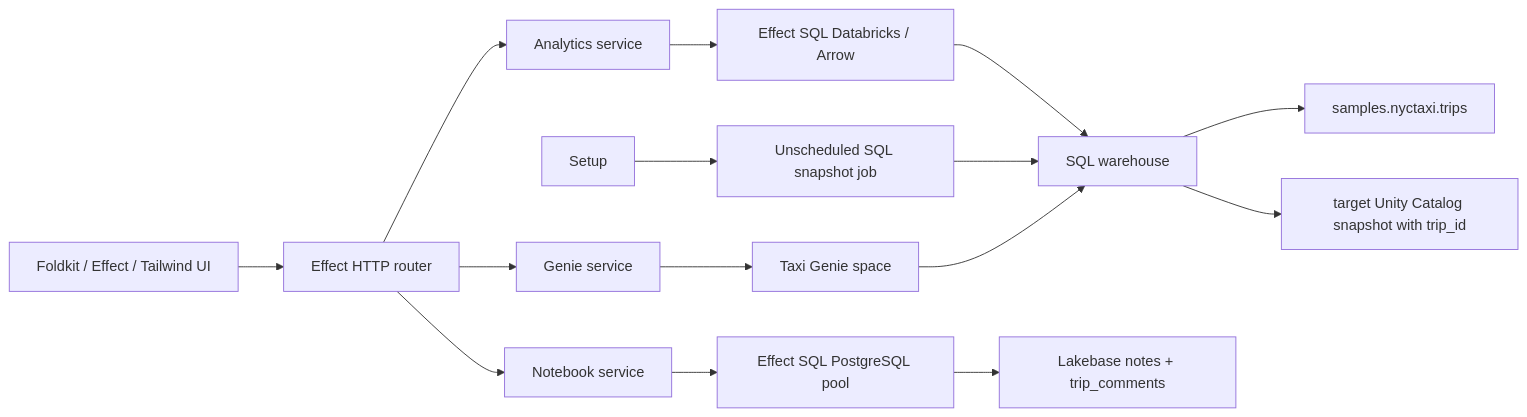
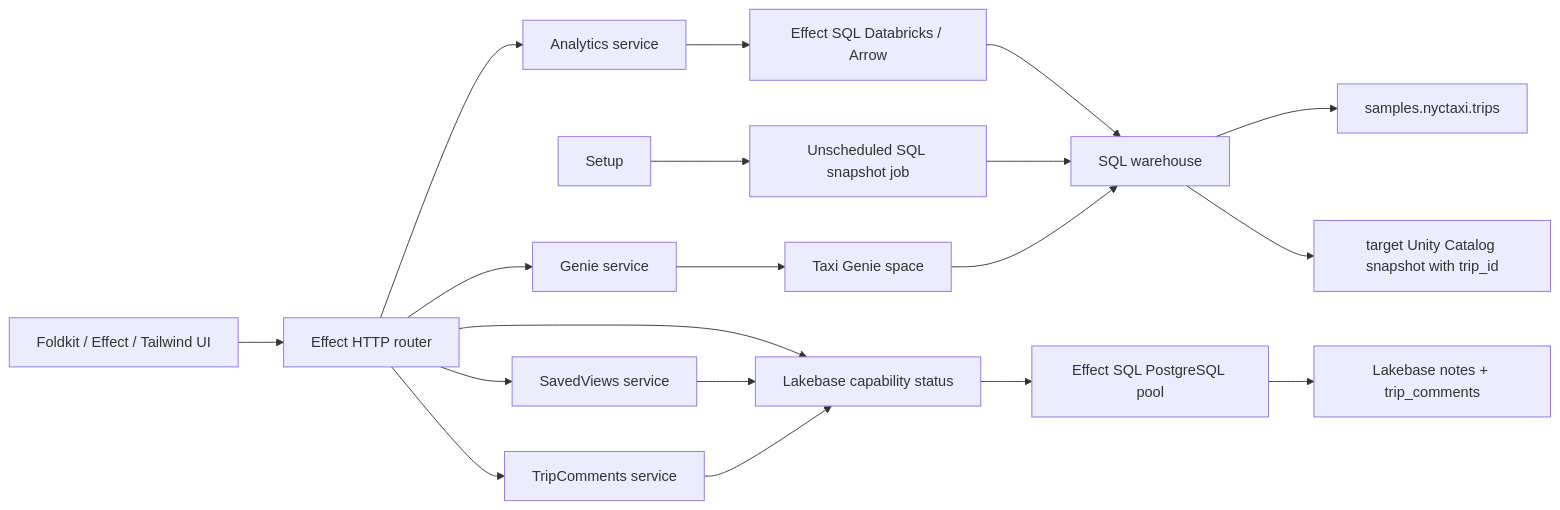
The diagram in docs/data-access.md (dsiem/effect-databricks-app), drawn with Mermaid before and after one commit. The commit also changed other lines of this file and 18 other files, not shown here.

Commit message:
Separate Lakebase infrastructure from saved views and comments

````diff
--- a/docs/data-access.md
+++ b/docs/data-access.md
@@ -3,17 +3,21 @@
 ```mermaid
 flowchart LR
   UI[Foldkit / Effect / Tailwind UI] --> API[Effect HTTP router]
   API --> Analytics[Analytics service]
   Analytics --> Arrow[Effect SQL Databricks / Arrow]
   Arrow --> Warehouse[SQL warehouse]
   Warehouse --> Source[samples.nyctaxi.trips]
   Setup --> Seed[Unscheduled SQL snapshot job]
   Seed --> Warehouse
   Warehouse --> Snapshot[target Unity Catalog snapshot with trip_id]
   API --> Genie[Genie service]
   Genie --> Space[Taxi Genie space]
   Space --> Warehouse
-  API --> Notebook[Notebook service]
-  Notebook --> Pool[Effect SQL PostgreSQL pool]
-  Pool --> Lakebase[Lakebase notes + trip_comments]
+  API --> SavedViews[SavedViews service]
+  API --> Comments[TripComments service]
+  API --> Database[Lakebase capability status]
+  SavedViews --> Database
+  Comments --> Database
+  Database --> Pool[Effect SQL PostgreSQL pool]
+  Pool --> Storage[Lakebase notes + trip_comments]
 ```
````
